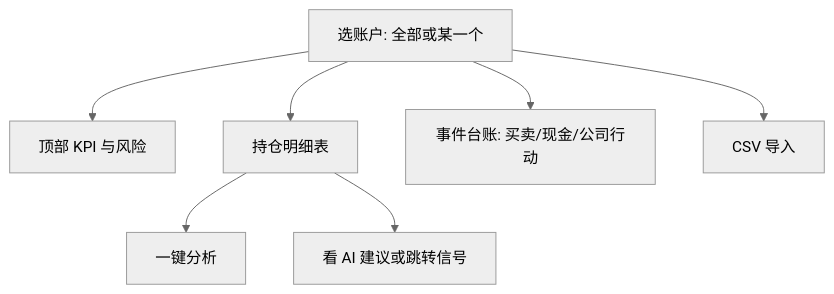
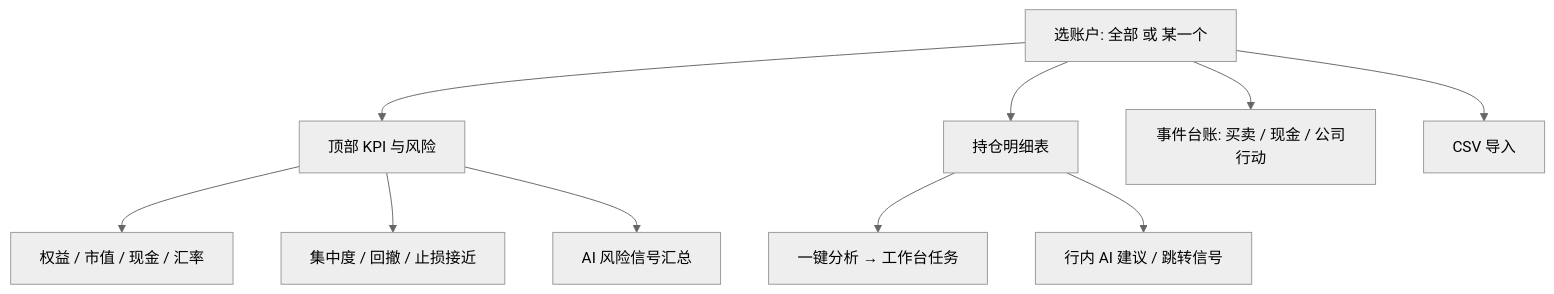
One commit to SiinXu/stock-pulse-ai changed the first of 3 diagrams in docs/ui-manual/07-portfolio.md. Above: the diagram before and after it, drawn with Mermaid (neutral theme). The commit also changed other lines of this file and 73 other files, not shown here.

First line of the commit message:
docs(ui-manual): deepen modules with scenarios, tone pass, and figure placeholders

````diff
--- a/docs/ui-manual/07-portfolio.md
+++ b/docs/ui-manual/07-portfolio.md
@@ -41,9 +73,12 @@
 ```mermaid
 flowchart TB
-  A[选账户: 全部或某一个] --> B[顶部 KPI 与风险]
+  A[选账户: 全部 或 某一个] --> B[顶部 KPI 与风险]
   A --> C[持仓明细表]
-  A --> D[事件台账: 买卖/现金/公司行动]
+  A --> D[事件台账: 买卖 / 现金 / 公司行动]
   A --> E[CSV 导入]
-  C --> F[一键分析]
-  C --> G[看 AI 建议或跳转信号]
+  B --> B1[权益 / 市值 / 现金 / 汇率]
+  B --> B2[集中度 / 回撤 / 止损接近]
+  B --> B3[AI 风险信号汇总]
+  C --> F[一键分析 → 工作台任务]
+  C --> G[行内 AI 建议 / 跳转信号]
 ```
````
